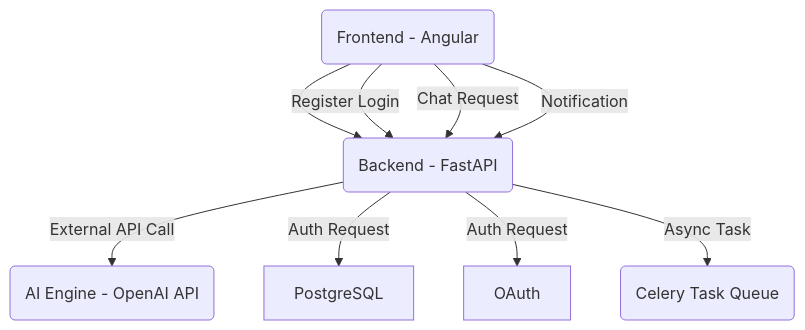
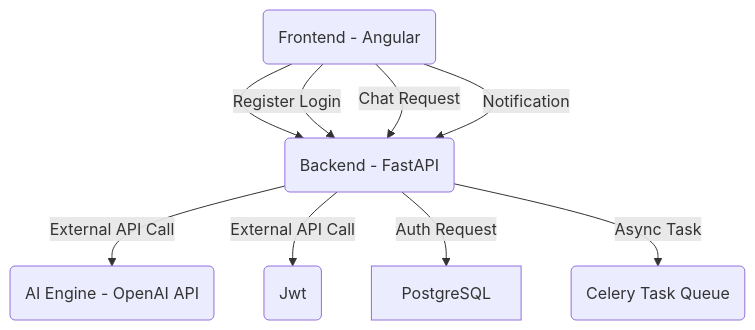
The diagram in mermaid.md (Joy-Ese/JayBank-Support-App), drawn with Mermaid before and after one commit.

````diff
--- a/mermaid.md
+++ b/mermaid.md
@@ -2,10 +2,11 @@
 ``` mermaid
 flowchart TD;
     FE("Frontend - Angular") --> BE("Backend - FastAPI")
     BE -->|External API Call| AI("AI Engine - OpenAI API")
+    BE -->|External API Call| OAuth("Jwt")
     FE -->|Register Login| BE
     FE -->|Chat Request| BE
     FE -->|Notification| BE
-    BE -->|Auth Request| Database["PostgreSQL"] & Jwt["OAuth"]
+    BE -->|Auth Request| Database["PostgreSQL"]
     BE -->|Async Task| Queue("Celery Task Queue")
 ```
````
